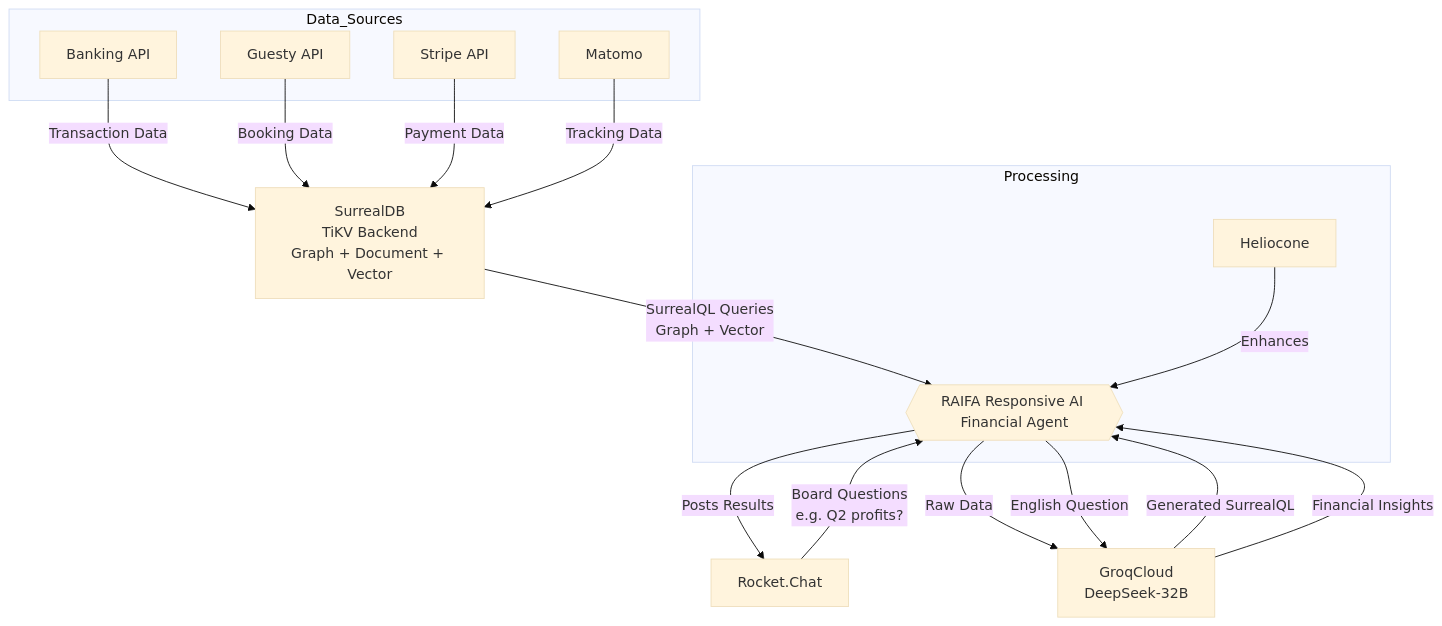
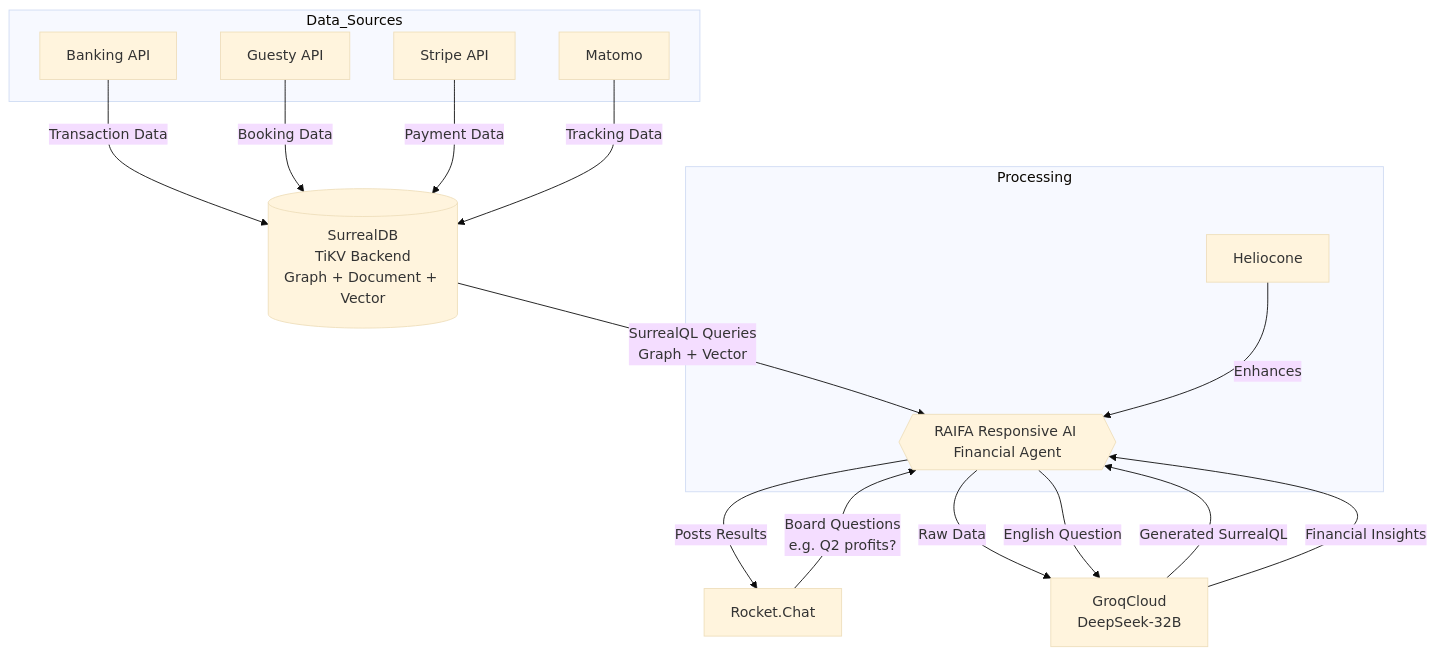
The fourth of 4 diagrams in projects/bnb/v6-b.md (deepbrainspace/deepbrain-stack), drawn with Mermaid (base theme) before and after one commit. The commit also changed other lines of this file, not shown here.

````diff
--- a/projects/bnb/v6-b.md
+++ b/projects/bnb/v6-b.md
@@ -115,27 +115,27 @@
 ```mermaid
 graph TD
-    A[Banking API] -->|Transaction Data| B[SurrealDB<br>TiKV Backend<br>Graph + Document + Vector]
+    A[Banking API] -->|Transaction Data| B[(SurrealDB<br>TiKV Backend<br>Graph + Document + Vector)]
     C[Guesty API] -->|Booking Data| B
     D[Stripe API] -->|Payment Data| B
     E[Matomo] -->|Tracking Data| B
     F[Rocket.Chat] -->|Board Questions<br>e.g. Q2 profits?| G{{RAIFA Responsive AI Financial Agent}}
     B -->|SurrealQL Queries<br>Graph + Vector| G
     G -->|Posts Results| F
     M[Heliocone] -->|Enhances| G
     subgraph Data_Sources
         E
         A
         C
         D
     end
     subgraph Processing
         G
         M
     end
 
     H -->|Generated SurrealQL| G
     G -->|Raw Data| H
     H -->|Financial Insights| G
         
     G -->|English Question| H[GroqCloud<br>DeepSeek-32B]
 ```
````
